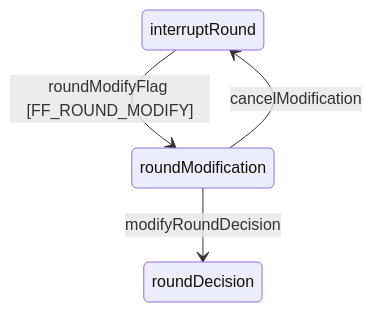
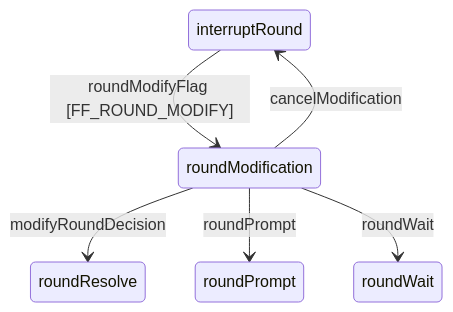
One commit to CyanAutomation/judokon changed the second of 2 diagrams in design/productRequirementsDocuments/prdStateHandler.md. Above: the diagram before and after it, drawn with Mermaid. The commit also changed other lines of this file, not shown here.

````diff
--- a/design/productRequirementsDocuments/prdStateHandler.md
+++ b/design/productRequirementsDocuments/prdStateHandler.md
@@ -154,6 +163,8 @@
 ```mermaid
 stateDiagram-v2
   interruptRound --> roundModification: roundModifyFlag [FF_ROUND_MODIFY]
-  roundModification --> roundDecision: modifyRoundDecision
+  roundModification --> roundResolve: modifyRoundDecision
   roundModification --> interruptRound: cancelModification
+  roundModification --> roundPrompt: roundPrompt
+  roundModification --> roundWait: roundWait
 ```
````
